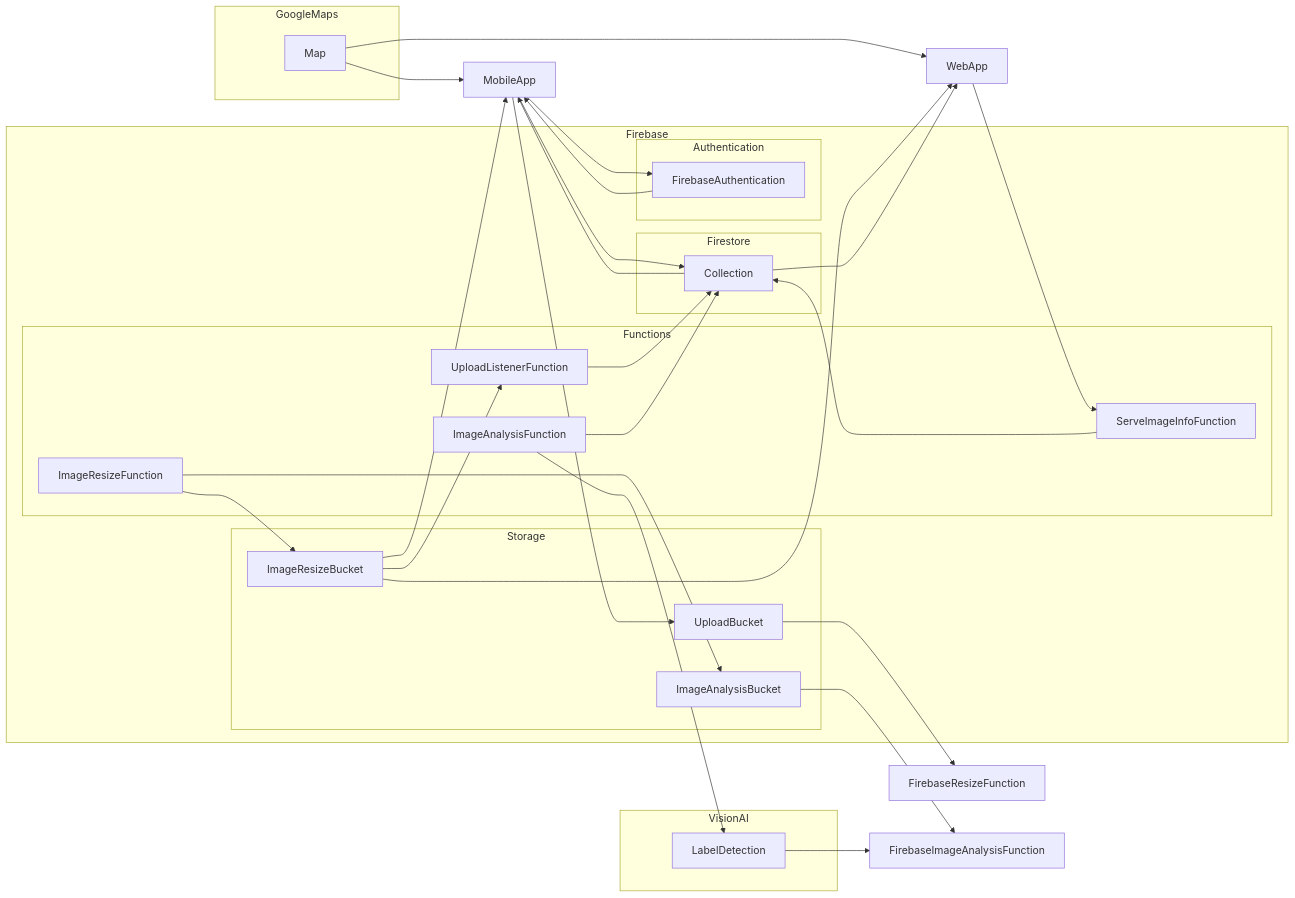
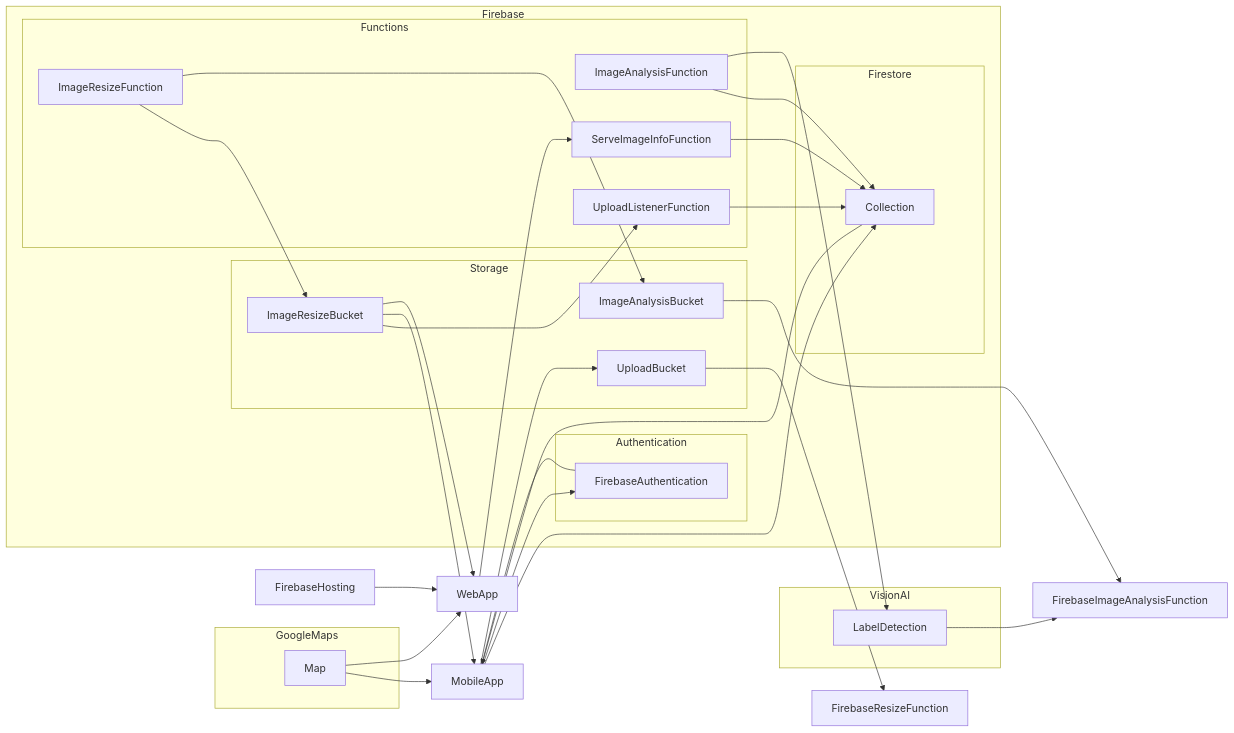
Before and after one commit to zorrokid/nature-photos: the diagram in README.md, drawn with Mermaid.

````diff
--- a/README.md
+++ b/README.md
@@ -5,60 +5,60 @@
 ```mermaid
 graph LR
 
   MobileApp
 
   WebApp
 
   subgraph GoogleMaps
     Map
   end
 
   subgraph VisionAI
     LabelDetection
   end
 
   subgraph Firebase
     subgraph Storage
        UploadBucket 
        ImageResizeBucket
        ImageAnalysisBucket
     end
     subgraph Firestore
        Collection 
     end
 
     subgraph Functions
       ImageResizeFunction
       ImageAnalysisFunction
       UploadListenerFunction
       ServeImageInfoFunction
     end
 
     subgraph Authentication
       FirebaseAuthentication
     end
 
   end
 
-  MobileApp --> UploadBucket 
+  FirebaseAuthentication --> MobileApp
+  FirebaseHosting --> WebApp
+  MobileApp --> UploadBucket
+  MobileApp --> Collection
+  MobileApp --> FirebaseAuthentication 
   Collection --> MobileApp 
-  MobileApp --> Collection
-  MobileApp --> FirebaseAuthentication
-  FirebaseAuthentication --> MobileApp
   UploadBucket --> FirebaseResizeFunction
   ImageResizeFunction --> ImageResizeBucket 
   ImageResizeFunction --> ImageAnalysisBucket
   ImageResizeBucket --> UploadListenerFunction
+  ImageResizeBucket --> MobileApp
+  ImageResizeBucket --> WebApp
   UploadListenerFunction --> Collection
   WebApp --> ServeImageInfoFunction
   ServeImageInfoFunction --> Collection
   ImageAnalysisBucket --> FirebaseImageAnalysisFunction
   ImageAnalysisFunction --> Collection 
   ImageAnalysisFunction --> LabelDetection
   LabelDetection --> FirebaseImageAnalysisFunction
-  ImageResizeBucket --> MobileApp
-  ImageResizeBucket --> WebApp
-  Collection --> WebApp
   Map --> MobileApp
   Map --> WebApp
 ```
````
